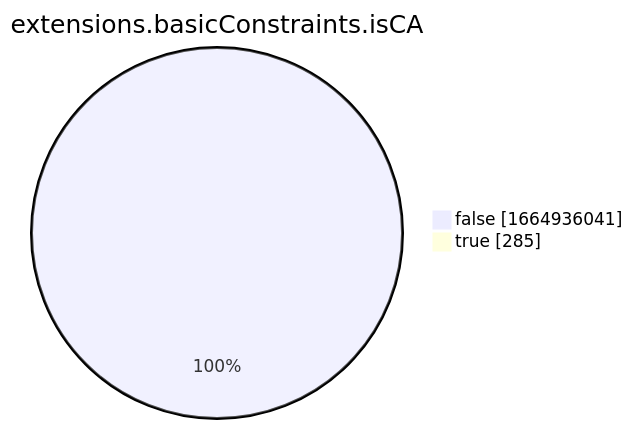
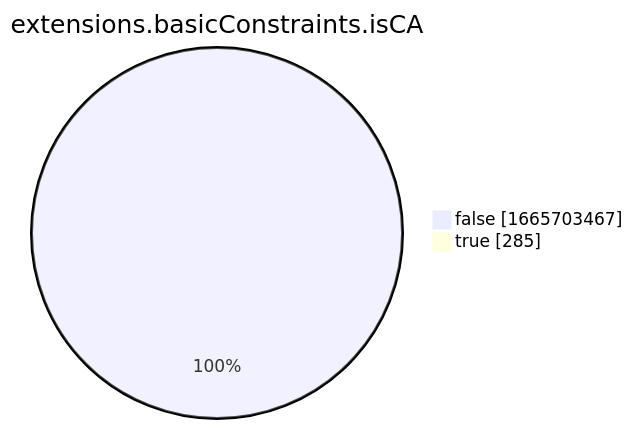
Before and after one commit to christiankrug/ctmonitor_visualization: the eighth of 15 diagrams in xenon2022/README.md, drawn with Mermaid. The commit also changed other lines of this file, not shown here.

````diff
--- a/xenon2022/README.md
+++ b/xenon2022/README.md
@@ -2865,6 +2865,6 @@
 ```mermaid
 pie showData
 title extensions.basicConstraints.isCA
-"false" :1664936041
+"false" :1665703467
 "true" :285
 ```
````
